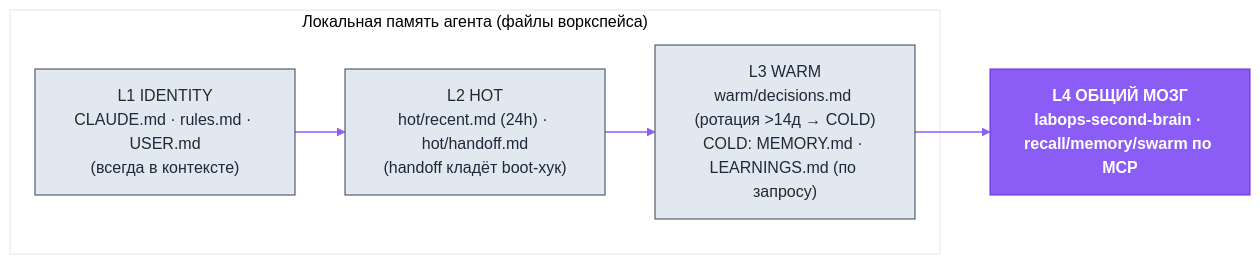
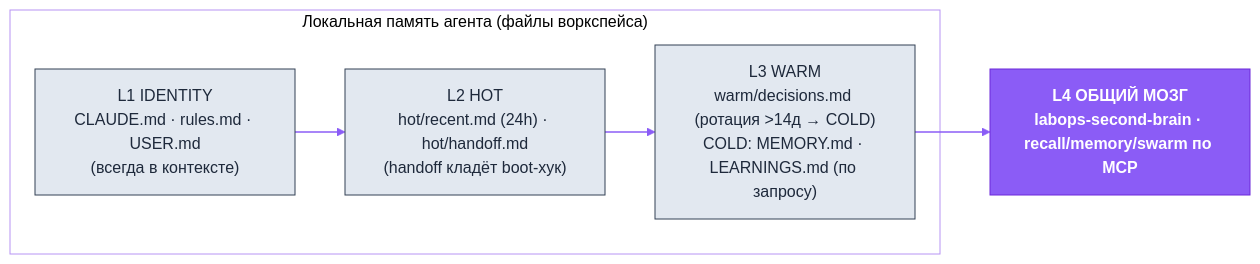
The third of 4 diagrams in README.ru.md (dediukhinpa/labops-agent-architecture), drawn with Mermaid before and after one commit. The commit also changed other lines of this file and 1 other file, not shown here.

First line of the commit message:
docs: transparent subgraph backgrounds in mermaid diagrams

````diff
--- a/README.ru.md
+++ b/README.ru.md
@@ -212,18 +212,18 @@
 ```mermaid
-%%{init: {'theme':'base','themeVariables':{'primaryColor':'#EDE9FE','primaryTextColor':'#4C1D95','primaryBorderColor':'#8B5CF6','lineColor':'#8B5CF6','secondaryColor':'#F1F5F9','tertiaryColor':'#ffffff','fontFamily':'Helvetica,Arial,sans-serif'}}}%%
+%%{init: {'theme':'base','themeVariables':{'primaryColor':'#EDE9FE','primaryTextColor':'#4C1D95','primaryBorderColor':'#8B5CF6','lineColor':'#8B5CF6','secondaryColor':'#F1F5F9','tertiaryColor':'#ffffff','clusterBkg':'transparent','clusterBorder':'#B794F4','fontFamily':'Helvetica,Arial,sans-serif'}}}%%
 flowchart LR
   subgraph local["Локальная память агента (файлы воркспейса)"]
     L1["L1 IDENTITY<br/>CLAUDE.md · rules.md · USER.md<br/>(всегда в контексте)"]
     L2["L2 HOT<br/>hot/recent.md (24h) · hot/handoff.md<br/>(handoff кладёт boot-хук)"]
     L3["L3 WARM<br/>warm/decisions.md (ротация >14д → COLD)<br/>COLD: MEMORY.md · LEARNINGS.md (по запросу)"]
   end
   L4["L4 ОБЩИЙ МОЗГ<br/>labops-second-brain · recall/memory/swarm по MCP"]
   L1 --> L2 --> L3 --> L4
   classDef brand fill:#8B5CF6,stroke:#6D28D9,color:#ffffff,font-weight:bold
   classDef ext fill:#CCFBF1,stroke:#0D9488,color:#0F766E
   classDef store fill:#FEF3C7,stroke:#D97706,color:#92400E
   classDef sys fill:#E2E8F0,stroke:#334155,color:#1E293B
   linkStyle default stroke:#8B5CF6,stroke-width:1.5px
   class L4 brand
   class L1,L2,L3 sys
 ```
````
